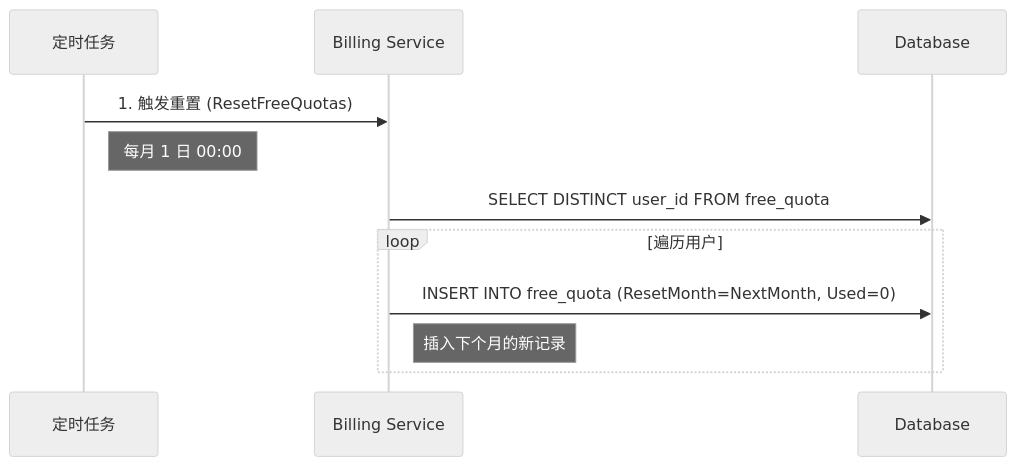
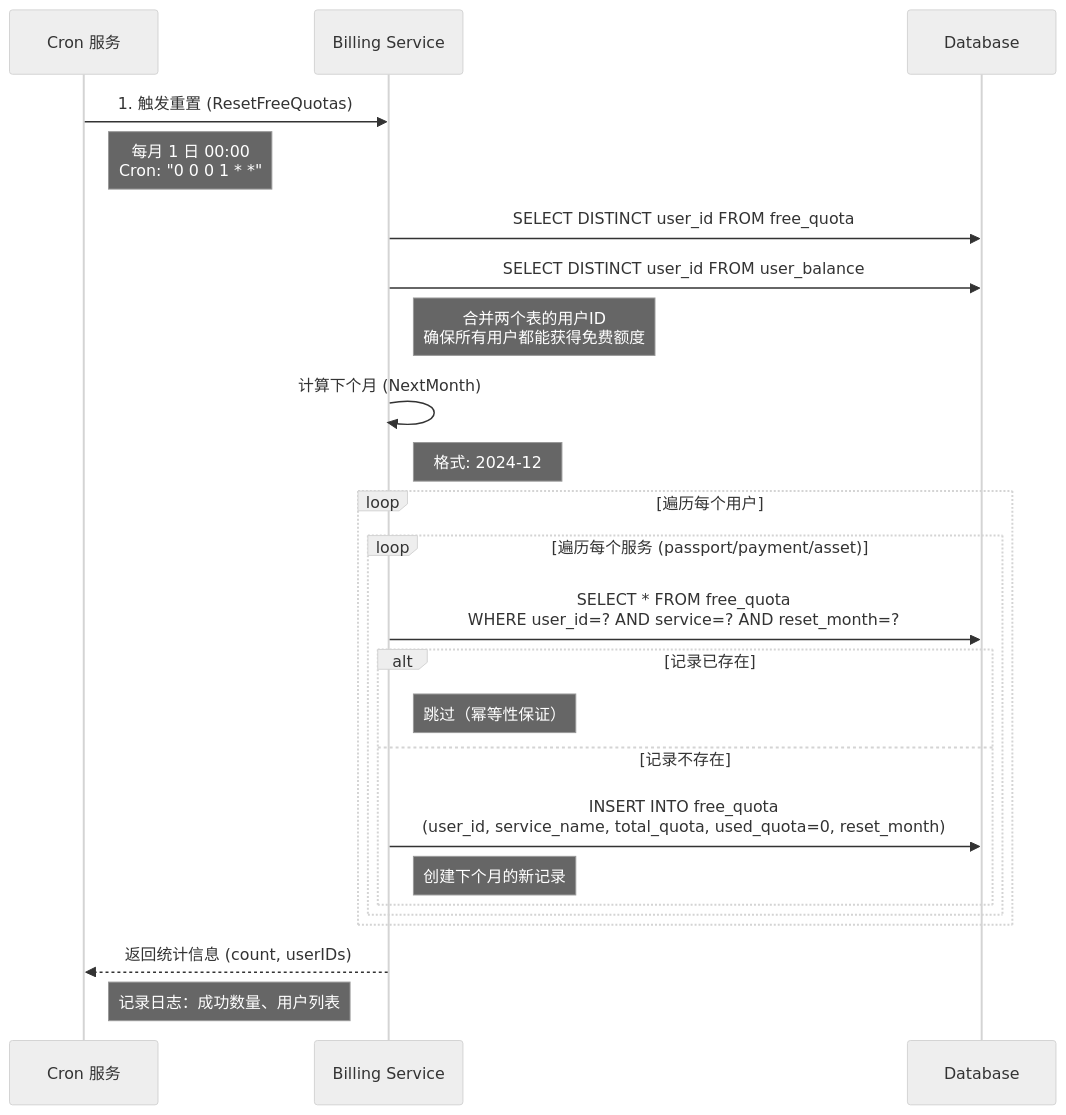
One commit to gaoyong06/billing-service changed the fourth of 4 diagrams in docs/logic_design.md. Above: the diagram before and after it, drawn with Mermaid (neutral theme). The commit also changed other lines of this file and 2 other files, not shown here.

Commit message:
更新文档：详细描述Cron服务的定时任务实现，包括免费额度重置逻辑、执行流程、幂等性和错误处理机制，增强了对服务架构和部署的说明。

````diff
--- a/docs/logic_design.md
+++ b/docs/logic_design.md
@@ -110,16 +110,32 @@
 ```mermaid
 sequenceDiagram
-    participant Cron as 定时任务
+    participant Cron as Cron 服务
     participant Billing as Billing Service
     participant DB as Database
 
     Cron->>Billing: 1. 触发重置 (ResetFreeQuotas)
-    Note right of Cron: 每月 1 日 00:00
+    Note right of Cron: 每月 1 日 00:00<br/>Cron: "0 0 0 1 * *"
     
     Billing->>DB: SELECT DISTINCT user_id FROM free_quota
+    Billing->>DB: SELECT DISTINCT user_id FROM user_balance
+    Note right of Billing: 合并两个表的用户ID<br/>确保所有用户都能获得免费额度
     
-    loop 遍历用户
-        Billing->>DB: INSERT INTO free_quota (ResetMonth=NextMonth, Used=0)
-        Note right of Billing: 插入下个月的新记录
+    Billing->>Billing: 计算下个月 (NextMonth)
+    Note right of Billing: 格式: 2024-12
+    
+    loop 遍历每个用户
+        loop 遍历每个服务 (passport/payment/asset)
+            Billing->>DB: SELECT * FROM free_quota<br/>WHERE user_id=? AND service=? AND reset_month=?
+            
+            alt 记录已存在
+                Note right of Billing: 跳过（幂等性保证）
+            else 记录不存在
+                Billing->>DB: INSERT INTO free_quota<br/>(user_id, service_name, total_quota, used_quota=0, reset_month)
+                Note right of Billing: 创建下个月的新记录
+            end
+        end
     end
+    
+    Billing-->>Cron: 返回统计信息 (count, userIDs)
+    Note right of Cron: 记录日志：成功数量、用户列表
 ```
````
